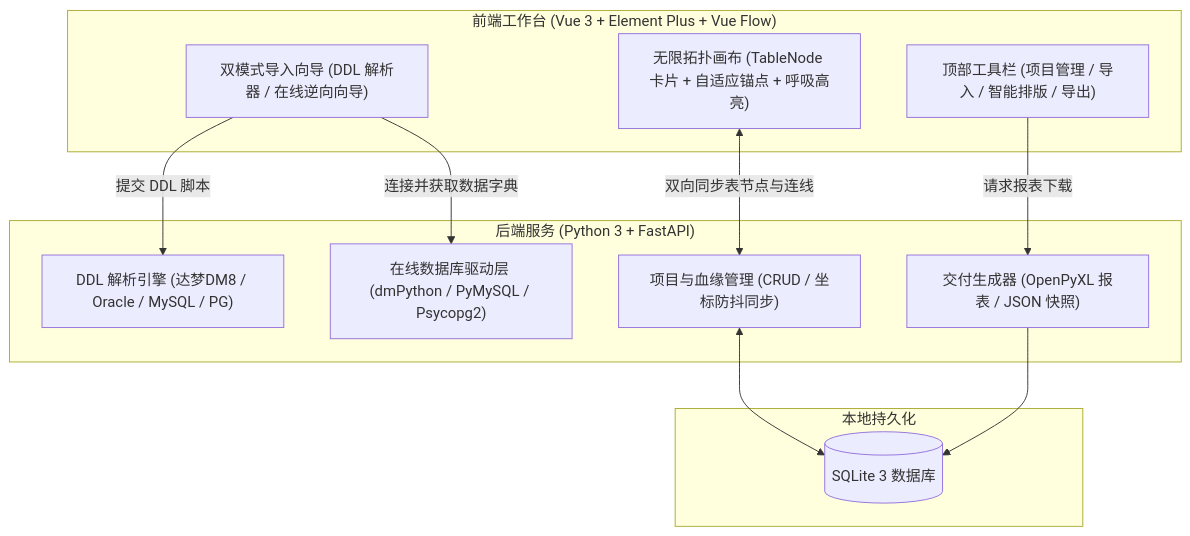
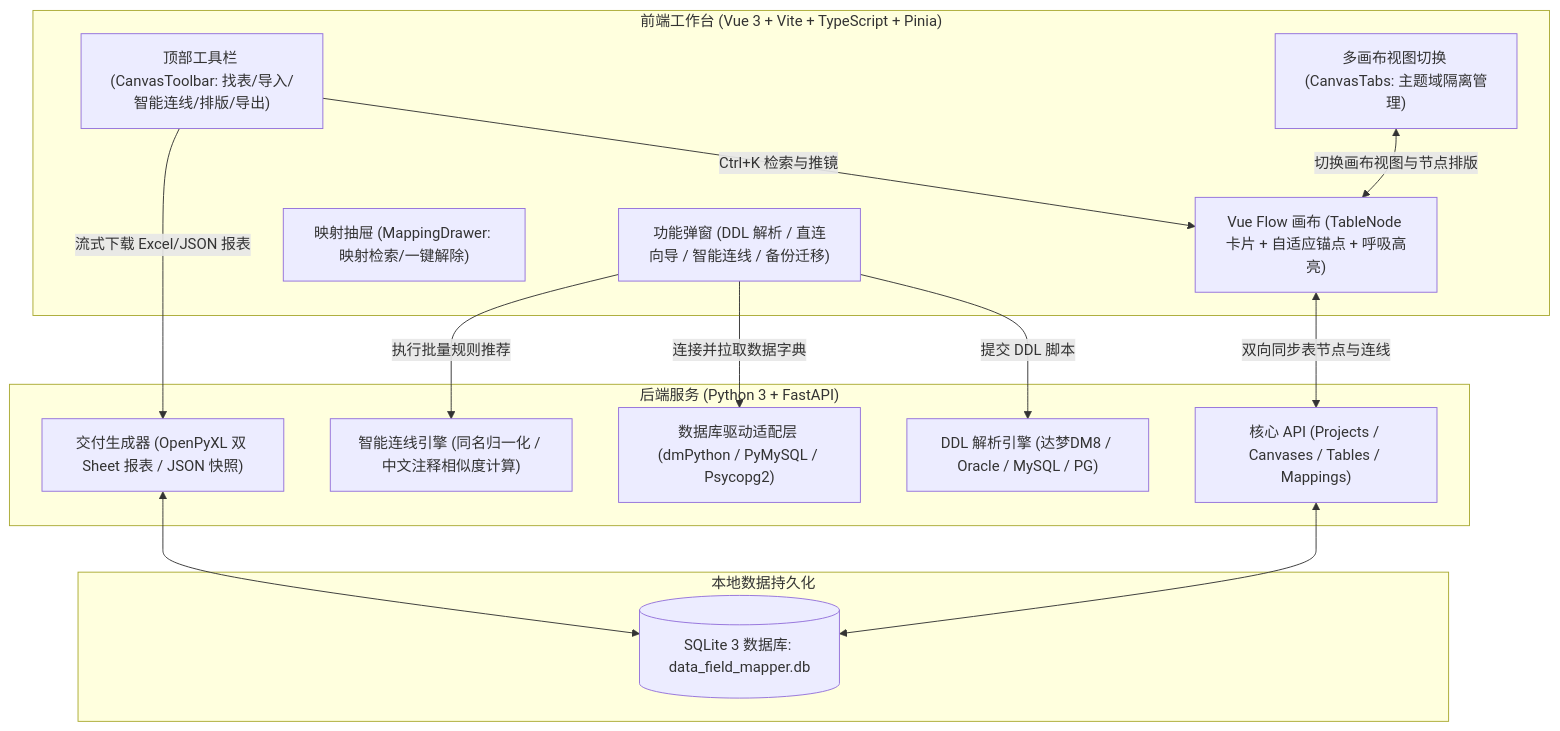
The diagram in README.md (Guobamao/ColLink), drawn with Mermaid before and after one commit. The commit also changed other lines of this file, not shown here.

Commit message:
docs: enrich README.md with full feature documentation, architecture diagram, shortcuts, and FAQ

````diff
--- a/README.md
+++ b/README.md
@@ -57,26 +105,32 @@
 ```mermaid
 flowchart TD
-    subgraph Client ["前端工作台 (Vue 3 + Element Plus + Vue Flow)"]
-        UI_Toolbar["顶部工具栏 (项目管理 / 导入 / 智能排版 / 导出)"]
-        UI_Canvas["无限拓扑画布 (TableNode 卡片 + 自适应锚点 + 呼吸高亮)"]
-        UI_Dialogs["双模式导入向导 (DDL 解析器 / 在线逆向向导)"]
+    subgraph Client ["前端工作台 (Vue 3 + Vite + TypeScript + Pinia)"]
+        UI_Toolbar["顶部工具栏 (CanvasToolbar: 找表/导入/智能连线/排版/导出)"]
+        UI_Tabs["多画布视图切换 (CanvasTabs: 主题域隔离管理)"]
+        UI_Canvas["Vue Flow 画布 (TableNode 卡片 + 自适应锚点 + 呼吸高亮)"]
+        UI_Drawer["映射抽屉 (MappingDrawer: 映射检索/一键解除)"]
+        UI_Dialogs["功能弹窗 (DDL 解析 / 直连向导 / 智能连线 / 备份迁移)"]
     end
 
     subgraph Server ["后端服务 (Python 3 + FastAPI)"]
         API_Parser["DDL 解析引擎 (达梦DM8 / Oracle / MySQL / PG)"]
-        API_Connector["在线数据库驱动层 (dmPython / PyMySQL / Psycopg2)"]
-        API_Core["项目与血缘管理 (CRUD / 坐标防抖同步)"]
-        API_Export["交付生成器 (OpenPyXL 报表 / JSON 快照)"]
+        API_Connector["数据库驱动适配层 (dmPython / PyMySQL / Psycopg2)"]
+        API_AutoMap["智能连线引擎 (同名归一化 / 中文注释相似度计算)"]
+        API_Core["核心 API (Projects / Canvases / Tables / Mappings)"]
+        API_Export["交付生成器 (OpenPyXL 双 Sheet 报表 / JSON 快照)"]
     end
 
-    subgraph Storage ["本地持久化"]
-        DB[(SQLite 3 数据库)]
+    subgraph Storage ["本地数据持久化"]
+        DB[(SQLite 3 数据库: data_field_mapper.db)]
     end
 
+    UI_Toolbar -->|Ctrl+K 检索与推镜| UI_Canvas
+    UI_Tabs <-->|切换画布视图与节点排版| UI_Canvas
     UI_Dialogs -->|提交 DDL 脚本| API_Parser
-    UI_Dialogs -->|连接并获取数据字典| API_Connector
+    UI_Dialogs -->|连接并拉取数据字典| API_Connector
+    UI_Dialogs -->|执行批量规则推荐| API_AutoMap
     UI_Canvas <-->|双向同步表节点与连线| API_Core
+    UI_Toolbar -->|流式下载 Excel/JSON 报表| API_Export
     API_Core <--> DB
-    UI_Toolbar -->|请求报表下载| API_Export
-    API_Export --> DB
+    API_Export <--> DB
 ```
````
